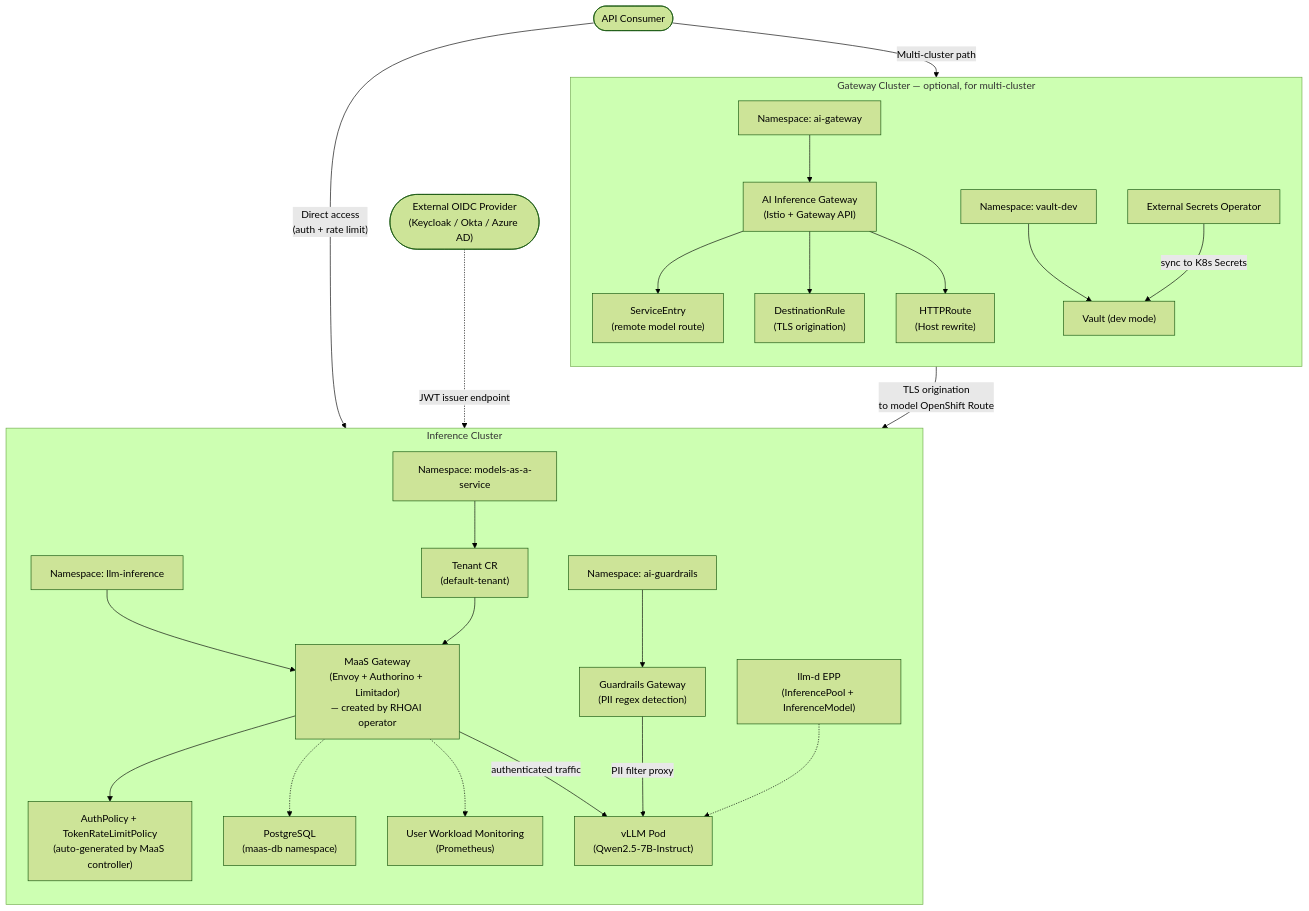
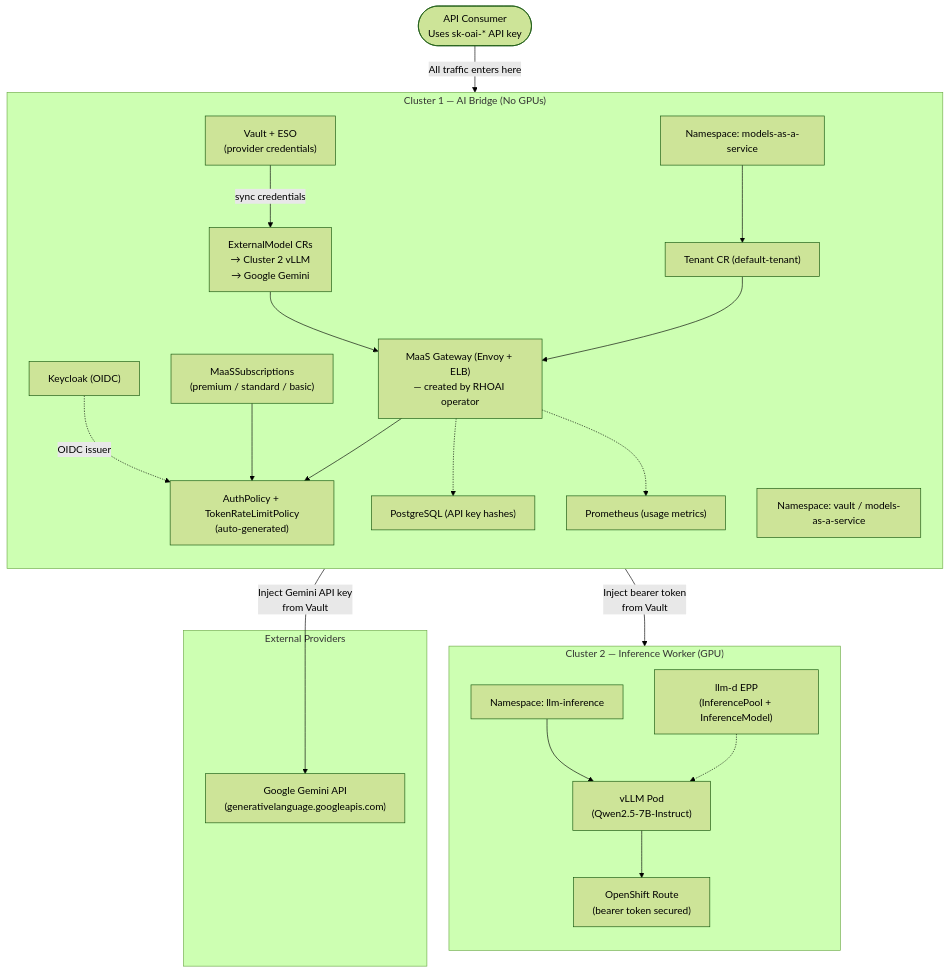
The first of 2 diagrams in docs/architecture.md (rrbanda/maas-demo), drawn with Mermaid (forest theme) before and after one commit. The commit also changed other lines of this file and 4 other files, not shown here.

First line of the commit message:
Align all docs with current architecture: governance on Cluster 1 (AI Bridge)

````diff
--- a/docs/architecture.md
+++ b/docs/architecture.md
@@ -13,54 +16,47 @@
 ```mermaid
 flowchart TB
-    subgraph GWCluster["Gateway Cluster — optional, for multi-cluster"]
+    subgraph C1["Cluster 1 — AI Bridge (No GPUs)"]
         direction TB
-        NS1["Namespace: ai-gateway"]
-        AIGw["AI Inference Gateway<br/>(Istio + Gateway API)"]
-        SE["ServiceEntry<br/>(remote model route)"]
-        DR["DestinationRule<br/>(TLS origination)"]
-        HR["HTTPRoute<br/>(Host rewrite)"]
-        VaultNS["Namespace: vault-dev"]
-        VaultPod["Vault (dev mode)"]
-        ESO["External Secrets Operator"]
-
-        NS1 --> AIGw
-        AIGw --> SE
-        AIGw --> DR
-        AIGw --> HR
-        VaultNS --> VaultPod
-        ESO -->|"sync to K8s Secrets"| VaultPod
-    end
-
-    subgraph InfCluster["Inference Cluster"]
-        direction TB
-        NS2["Namespace: llm-inference"]
         NSMaaS["Namespace: models-as-a-service"]
-        MaaS["MaaS Gateway<br/>(Envoy + Authorino + Limitador)<br/>— created by RHOAI operator"]
-        Tenant["Tenant CR<br/>(default-tenant)"]
-        AuthP["AuthPolicy + TokenRateLimitPolicy<br/>(auto-generated by MaaS controller)"]
-        NS3["Namespace: ai-guardrails"]
-        Guard["Guardrails Gateway<br/>(PII regex detection)"]
-        EPP["llm-d EPP<br/>(InferencePool + InferenceModel)"]
-        Model["vLLM Pod<br/>(Qwen2.5-7B-Instruct)"]
-        PG["PostgreSQL<br/>(maas-db namespace)"]
-        Mon["User Workload Monitoring<br/>(Prometheus)"]
+        MaaS["MaaS Gateway (Envoy + ELB)<br/>— created by RHOAI operator"]
+        Tenant["Tenant CR (default-tenant)"]
+        Subs["MaaSSubscriptions<br/>(premium / standard / basic)"]
+        AuthP["AuthPolicy + TokenRateLimitPolicy<br/>(auto-generated)"]
+        EM["ExternalModel CRs<br/>→ Cluster 2 vLLM<br/>→ Google Gemini"]
+        PG["PostgreSQL (API key hashes)"]
+        VaultNS["Namespace: vault / models-as-a-service"]
+        VaultPod["Vault + ESO<br/>(provider credentials)"]
+        KC["Keycloak (OIDC)"]
+        Mon["Prometheus (usage metrics)"]
 
         NSMaaS --> Tenant
-        NS2 --> MaaS
         Tenant --> MaaS
         MaaS --> AuthP
-        NS3 --> Guard
-        EPP -.-> Model
+        Subs --> AuthP
+        EM --> MaaS
         MaaS -.-> PG
+        VaultPod -->|"sync credentials"| EM
         MaaS -.-> Mon
     end
 
-    ExtIdP(["External OIDC Provider<br/>(Keycloak / Okta / Azure AD)"])
+    subgraph C2["Cluster 2 — Inference Worker (GPU)"]
+        direction TB
+        NS2["Namespace: llm-inference"]
+        Model["vLLM Pod<br/>(Qwen2.5-7B-Instruct)"]
+        EPP["llm-d EPP<br/>(InferencePool + InferenceModel)"]
+        Route["OpenShift Route<br/>(bearer token secured)"]
 
-    Client(["API Consumer"]) -->|"Direct access<br/>(auth + rate limit)"| MaaS
-    Client -->|"Multi-cluster path"| AIGw
-    AIGw -->|"TLS origination<br/>to model OpenShift Route"| Model
-    MaaS -->|"authenticated traffic"| Model
-    Guard -->|"PII filter proxy"| Model
-    ExtIdP -.->|"JWT issuer endpoint"| AuthP
+        NS2 --> Model
+        EPP -.-> Model
+        Model --> Route
+    end
+
+    subgraph EXT["External Providers"]
+        Gemini["Google Gemini API<br/>(generativelanguage.googleapis.com)"]
+    end
+
+    Client(["API Consumer<br/>Uses sk-oai-* API key"]) -->|"All traffic enters here"| MaaS
+    MaaS -->|"Inject bearer token<br/>from Vault"| Route
+    MaaS -->|"Inject Gemini API key<br/>from Vault"| Gemini
+    KC -.->|"OIDC issuer"| AuthP
 ```
````
